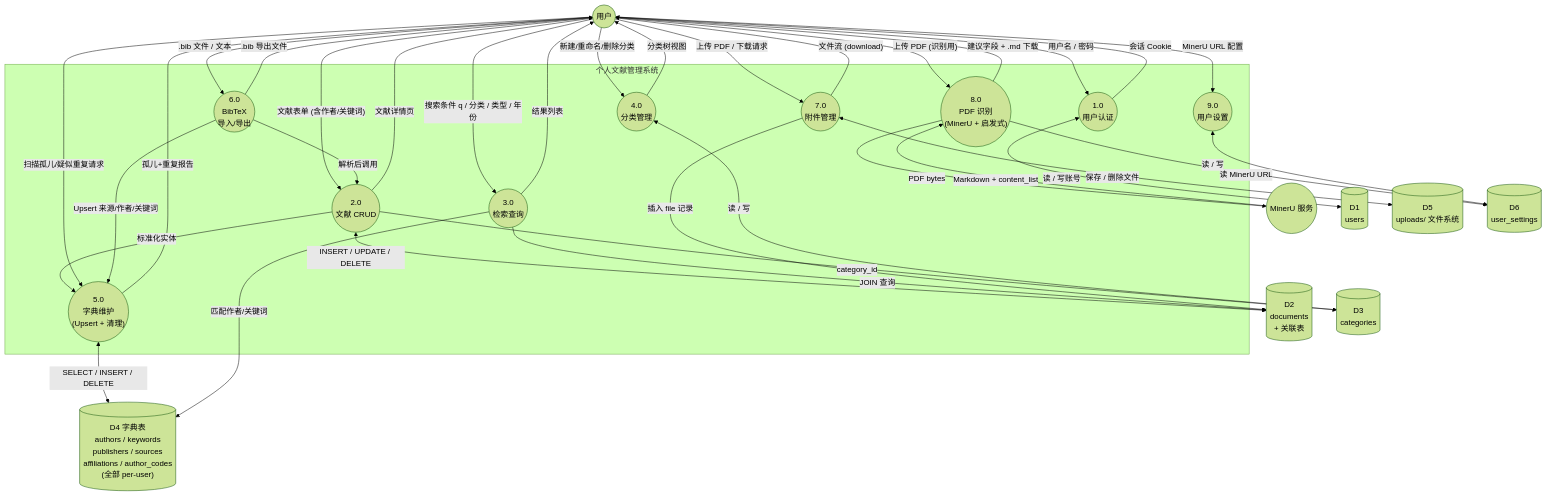
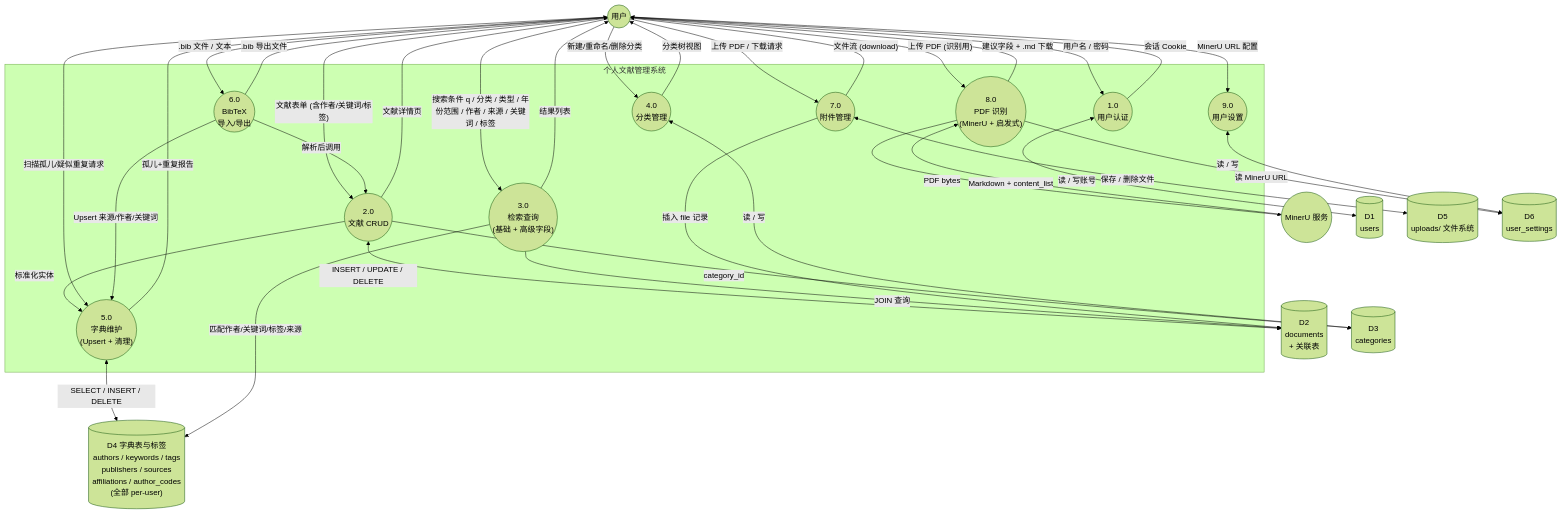
One commit to fishine-cmd/Personal_Library changed the third of 3 diagrams in docs/diagrams.md. Above: the diagram before and after it, drawn with Mermaid (forest theme). The commit also changed other lines of this file and 12 other files, not shown here.

````diff
--- a/docs/diagrams.md
+++ b/docs/diagrams.md
@@ -198,66 +212,66 @@
 ```mermaid
 flowchart TB
     User((用户))
     MinerU((MinerU 服务))
 
     subgraph SYS["个人文献管理系统"]
         P1(("1.0<br/>用户认证"))
         P2(("2.0<br/>文献 CRUD"))
-        P3(("3.0<br/>检索查询"))
+        P3(("3.0<br/>检索查询<br/>(基础 + 高级字段)"))
         P4(("4.0<br/>分类管理"))
         P5(("5.0<br/>字典维护<br/>(Upsert + 清理)"))
         P6(("6.0<br/>BibTeX<br/>导入/导出"))
         P7(("7.0<br/>附件管理"))
         P8(("8.0<br/>PDF 识别<br/>(MinerU + 启发式)"))
         P9(("9.0<br/>用户设置"))
     end
 
     D1[("D1<br/>users")]
     D2[("D2<br/>documents<br/>+ 关联表")]
     D3[("D3<br/>categories")]
-    D4[("D4 字典表<br/>authors / keywords<br/>publishers / sources<br/>affiliations / author_codes<br/>(全部 per-user)")]
+    D4[("D4 字典表与标签<br/>authors / keywords / tags<br/>publishers / sources<br/>affiliations / author_codes<br/>(全部 per-user)")]
     D5[("D5<br/>uploads/ 文件系统")]
     D6[("D6<br/>user_settings")]
 
     User -- "用户名 / 密码" --> P1
     P1 -- "会话 Cookie" --> User
     P1 <-- "读 / 写账号" --> D1
 
-    User -- "文献表单 (含作者/关键词)" --> P2
+    User -- "文献表单 (含作者/关键词/标签)" --> P2
     P2 -- "文献详情页" --> User
     P2 <-- "INSERT / UPDATE / DELETE" --> D2
     P2 -- "标准化实体" --> P5
     P5 <-- "SELECT / INSERT / DELETE" --> D4
     P2 -- "category_id" --> D3
 
-    User -- "搜索条件 q / 分类 / 类型 / 年份" --> P3
+    User -- "搜索条件 q / 分类 / 类型 / 年份范围 / 作者 / 来源 / 关键词 / 标签" --> P3
     P3 -- "结果列表" --> User
     P3 -- "JOIN 查询" --> D2
-    P3 -- "匹配作者/关键词" --> D4
+    P3 -- "匹配作者/关键词/标签/来源" --> D4
 
     User -- "新建/重命名/删除分类" --> P4
     P4 -- "分类树视图" --> User
     P4 <-- "读 / 写" --> D3
 
     User -- "扫描孤儿/疑似重复请求" --> P5
     P5 -- "孤儿+重复报告" --> User
 
     User -- ".bib 文件 / 文本" --> P6
     P6 -- ".bib 导出文件" --> User
     P6 -- "解析后调用" --> P2
     P6 -- "Upsert 来源/作者/关键词" --> P5
 
     User -- "上传 PDF / 下载请求" --> P7
     P7 -- "文件流 (download)" --> User
     P7 <-- "保存 / 删除文件" --> D5
     P7 -- "插入 file 记录" --> D2
 
     User -- "上传 PDF (识别用)" --> P8
     P8 -- "PDF bytes" --> MinerU
     MinerU -- "Markdown + content_list" --> P8
     P8 -- "建议字段 + .md 下载" --> User
     P8 -- "读 MinerU URL" --> D6
 
     User -- "MinerU URL 配置" --> P9
     P9 <-- "读 / 写" --> D6
 ```
````
